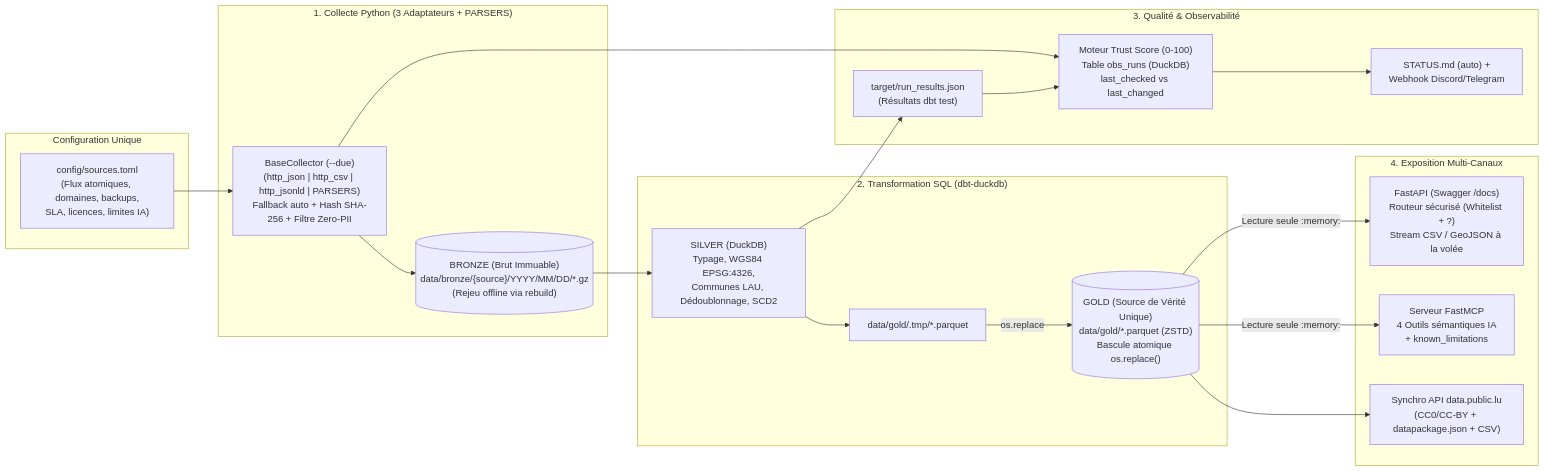
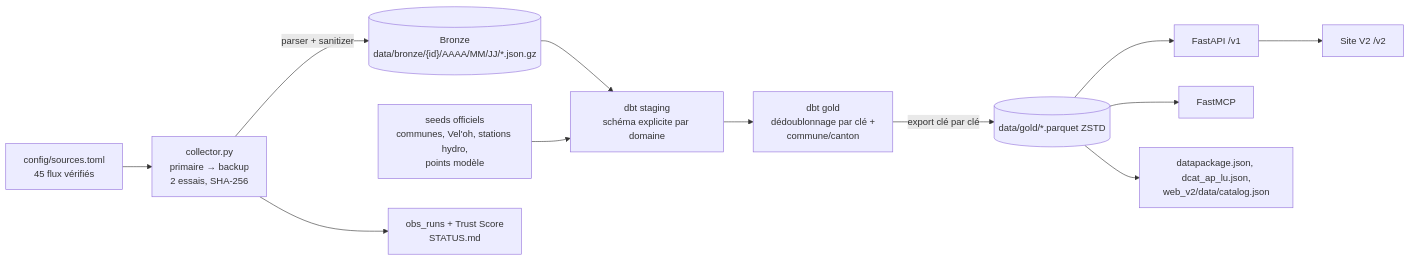
Before and after one commit to quen9669/OpenLux: the diagram in docs/ARCHITECTURE.md, drawn with Mermaid. The commit also changed other lines of this file and 311 other files, not shown here.

First line of the commit message:
feat(v3): refonte « données fiables » — sources réelles vérifiées, Gold reconstruit

````diff
--- a/docs/ARCHITECTURE.md
+++ b/docs/ARCHITECTURE.md
@@ -10,42 +15,13 @@
 ```mermaid
 flowchart LR
-    subgraph CFG["Configuration Unique"]
-        TOML["config/sources.toml<br/>(Flux atomiques, domaines, backups,<br/>SLA, licences, limites IA)"]
-    end
-
-    subgraph ING["1. Collecte Python (3 Adaptateurs + PARSERS)"]
-        ADAPT["BaseCollector (--due)<br/>(http_json | http_csv | http_jsonld | PARSERS)<br/>Fallback auto + Hash SHA-256 + Filtre Zero-PII"]
-        BRZ[("BRONZE (Brut Immuable)<br/>data/bronze/{source}/YYYY/MM/DD/*.gz<br/>(Rejeu offline via rebuild)")]
-    end
-
-    subgraph TRF["2. Transformation SQL (dbt-duckdb)"]
-        SLV["SILVER (DuckDB)<br/>Typage, WGS84 EPSG:4326,<br/>Communes LAU, Dédoublonnage, SCD2"]
-        TMP["data/gold/.tmp/*.parquet"]
-        GLD[("GOLD (Source de Vérité Unique)<br/>data/gold/*.parquet (ZSTD)<br/>Bascule atomique os.replace()")]
-    end
-
-    subgraph OBS["3. Qualité & Observabilité"]
-        DBTR["target/run_results.json<br/>(Résultats dbt test)"]
-        DQ["Moteur Trust Score (0-100)<br/>Table obs_runs (DuckDB)<br/>last_checked vs last_changed"]
-        STAT["STATUS.md (auto) +<br/>Webhook Discord/Telegram"]
-    end
-
-    subgraph EXP["4. Exposition Multi-Canaux"]
-        API["FastAPI (Swagger /docs)<br/>Routeur sécurisé (Whitelist + ?)<br/>Stream CSV / GeoJSON à la volée"]
-        MCP["Serveur FastMCP<br/>4 Outils sémantiques IA<br/>+ known_limitations"]
-        ODL["Synchro API data.public.lu<br/>(CC0/CC-BY + datapackage.json + CSV)"]
-    end
-
-    TOML --> ADAPT
-    ADAPT --> BRZ
-    BRZ --> SLV
-    SLV --> TMP
-    TMP -->|os.replace| GLD
-    ADAPT --> DQ
-    SLV --> DBTR
-    DBTR --> DQ
-    DQ --> STAT
-    GLD -->|Lecture seule :memory:| API
-    GLD -->|Lecture seule :memory:| MCP
-    GLD --> ODL
+    TOML["config/sources.toml<br/>45 flux vérifiés"] --> COL["collector.py<br/>primaire → backup<br/>2 essais, SHA-256"]
+    COL -->|parser + sanitizer| BRZ[("Bronze<br/>data/bronze/{id}/AAAA/MM/JJ/*.json.gz")]
+    BRZ --> STG["dbt staging<br/>schéma explicite par domaine"]
+    SEEDS["seeds officiels<br/>communes, Vel'oh, stations hydro,<br/>points modèle"] --> STG
+    STG --> GLD["dbt gold<br/>dédoublonnage par clé +<br/>commune/canton"]
+    GLD -->|export clé par clé| PQ[("data/gold/*.parquet ZSTD")]
+    PQ --> API["FastAPI /v1"] --> SITE["Site V2 /v2"]
+    PQ --> MCP["FastMCP"]
+    PQ --> CAT["datapackage.json, dcat_ap_lu.json,<br/>web_v2/data/catalog.json"]
+    COL --> OBS["obs_runs + Trust Score<br/>STATUS.md"]
 ```
````
